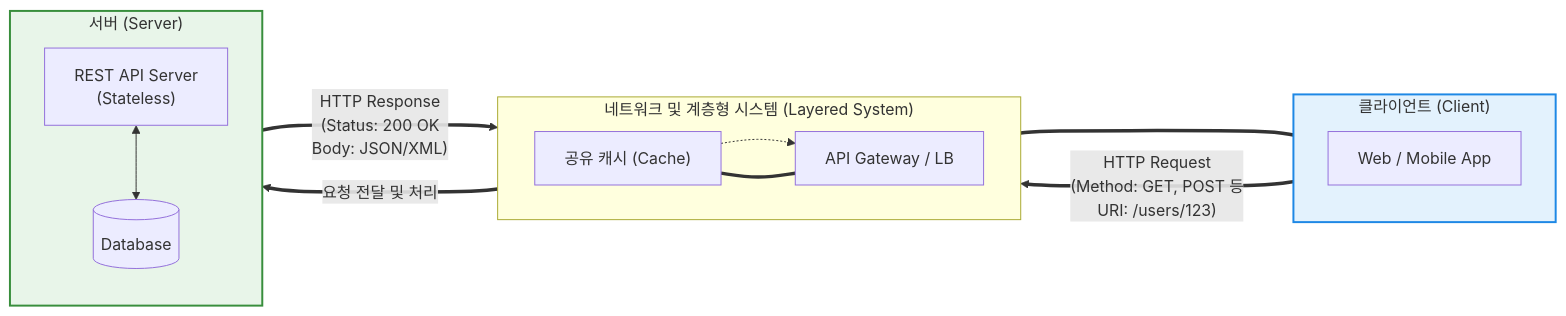
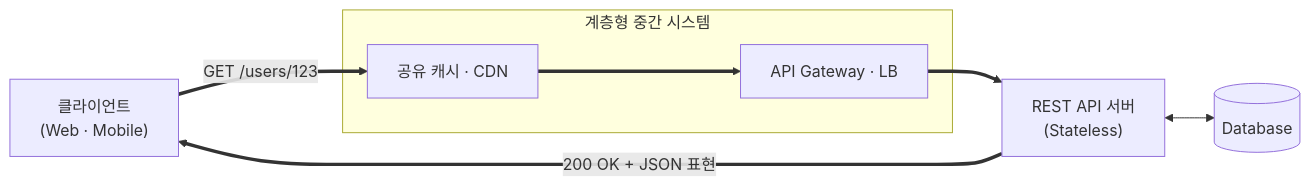
Before and after one commit to supremethumb/supremethumb.github.io: the diagram in content/01_IT Tech/REST RESTful API 설계 6원칙.md, drawn with Mermaid. The commit also changed other lines of this file and 1087 other files, not shown here.

````diff
--- a/content/01_IT Tech/REST RESTful API 설계 6원칙.md
+++ b/content/01_IT Tech/REST RESTful API 설계 6원칙.md
@@ -30,31 +38,15 @@
 ```mermaid
 flowchart LR
-    subgraph Client_Layer ["클라이언트 (Client)"]
-        direction TB
-        App["Web / Mobile App"]
+    App["클라이언트<br/>(Web · Mobile)"]
+    subgraph Layer ["계층형 중간 시스템"]
+        Cache["공유 캐시 · CDN"]
+        Gateway["API Gateway · LB"]
     end
-
-    subgraph Network_Intermediary ["네트워크 및 계층형 시스템 (Layered System)"]
-        direction LR
-        Cache["공유 캐시 (Cache)"]
-        Gateway["API Gateway / LB"]
-        Cache -.-> Gateway
-    end
-
-    subgraph Server_Layer ["서버 (Server)"]
-        direction TB
-        API["REST API Server<br/>(Stateless)"]
-        DB[(Database)]
-        API <--> DB
-    end
-
-    App == "HTTP Request<br/>(Method: GET, POST 등<br/>URI: /users/123)" ===> Cache
-    Gateway == "요청 전달 및 처리" ===> API
-    API == "HTTP Response<br/>(Status: 200 OK<br/>Body: JSON/XML)" ===> Gateway
-    Gateway === Cache
-    Cache === App
-    
-    style Server_Layer fill:#e8f5e9,stroke:#388e3c,stroke-width:2px
-    style Client_Layer fill:#e3f2fd,stroke:#1e88e5,stroke-width:2px
-
+    API["REST API 서버<br/>(Stateless)"]
+    DB[("Database")]
+    App ==>|"GET /users/123"| Cache
+    Cache ==> Gateway
+    Gateway ==> API
+    API <--> DB
+    API ==>|"200 OK + JSON 표현"| App
 ```
````
